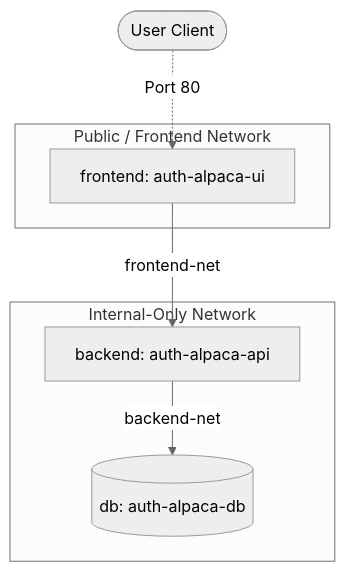
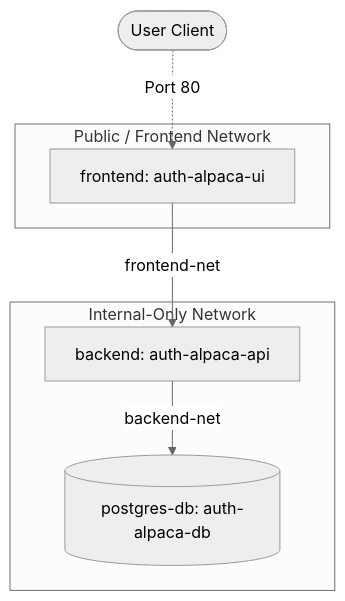
The diagram in docs/deployment.md (rogelioolarte/auth-alpaca), drawn with Mermaid (neutral theme) before and after one commit. The commit also changed other lines of this file and 150 other files, not shown here.

````diff
--- a/docs/deployment.md
+++ b/docs/deployment.md
@@ -15,15 +15,15 @@
 ```mermaid
 graph TD
     User([User Client]) -.->|Port 80| FE[frontend: auth-alpaca-ui]
     FE -->|frontend-net| BE[backend: auth-alpaca-api]
-    BE -->|backend-net| DB[(db: auth-alpaca-db)]
+    BE -->|backend-net| DB[(postgres-db: auth-alpaca-db)]
 
     subgraph public-net [Public / Frontend Network]
         FE
     end
 
     subgraph internal-net [Internal-Only Network]
         BE
         DB
     end
 ```
````
